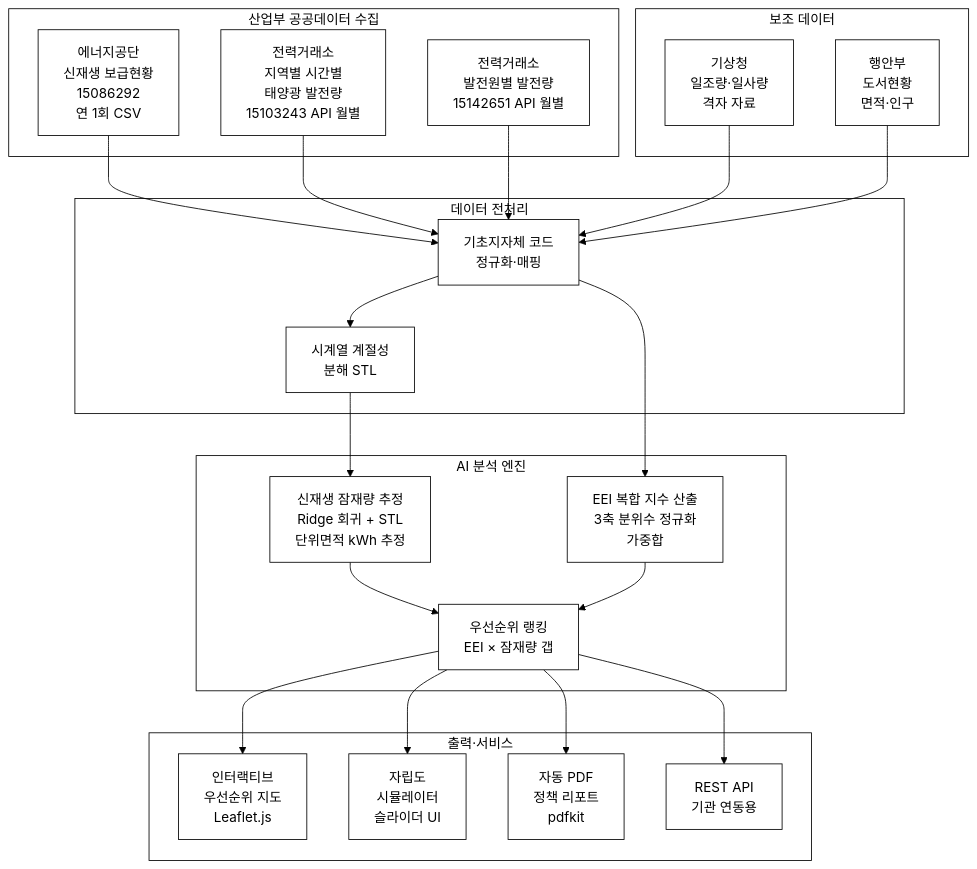
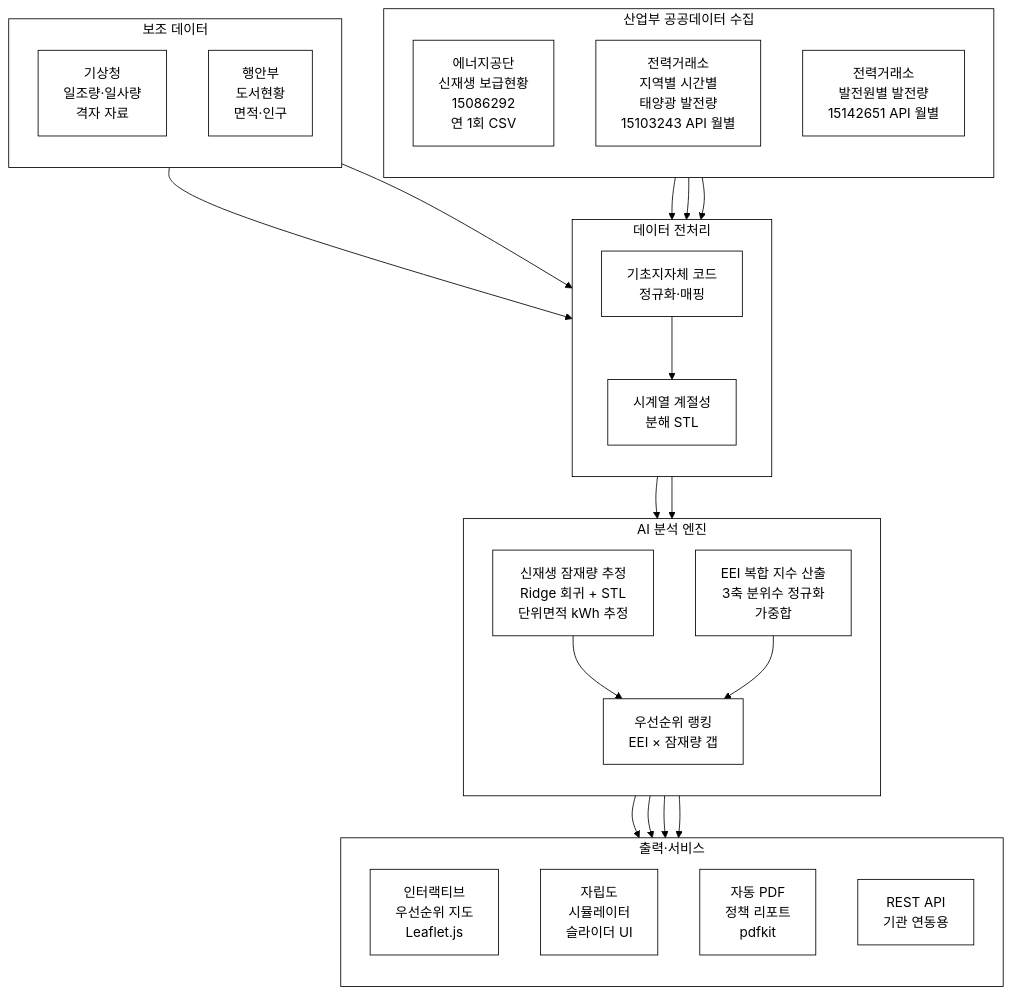
Before and after one commit to iamywl/pulicdata-congress: the second of 5 diagrams in 33-도서산간-에너지자립/biz/1_제안서.md, drawn with Mermaid. The commit also changed other lines of this file and 44 other files, not shown here.

````diff
--- a/33-도서산간-에너지자립/biz/1_제안서.md
+++ b/33-도서산간-에너지자립/biz/1_제안서.md
@@ -223,42 +223,47 @@
 ```mermaid
 %%{init: {'theme':'base','themeVariables':{'background':'#ffffff','primaryColor':'#ffffff','primaryBorderColor':'#000000','primaryTextColor':'#000000','secondaryColor':'#ffffff','secondaryBorderColor':'#000000','secondaryTextColor':'#000000','tertiaryColor':'#ffffff','tertiaryBorderColor':'#000000','tertiaryTextColor':'#000000','mainBkg':'#ffffff','secondBkg':'#ffffff','lineColor':'#000000','textColor':'#000000','clusterBkg':'#ffffff','clusterBorder':'#000000','edgeLabelBackground':'#ffffff','actorBkg':'#ffffff','actorBorder':'#000000','noteBkgColor':'#ffffff','noteBorderColor':'#000000','signalColor':'#000000','signalTextColor':'#000000','fontFamily':'Georgia, serif'}}}%%
-flowchart TD
+flowchart TB
     subgraph SRC[산업부 공공데이터 수집]
+        direction TB
         A1[에너지공단<br/>신재생 보급현황<br/>15086292<br/>연 1회 CSV]
         A2[전력거래소<br/>지역별 시간별<br/>태양광 발전량<br/>15103243 API 월별]
         A3[전력거래소<br/>발전원별 발전량<br/>15142651 API 월별]
     end
     subgraph AUX[보조 데이터]
+        direction TB
         B1[기상청<br/>일조량·일사량<br/>격자 자료]
         B2[행안부<br/>도서현황<br/>면적·인구]
     end
     subgraph PROC[데이터 전처리]
+        direction TB
         C1[기초지자체 코드<br/>정규화·매핑]
         C2[시계열 계절성<br/>분해 STL]
     end
     subgraph MODEL[AI 분석 엔진]
+        direction TB
         M1[신재생 잠재량 추정<br/>Ridge 회귀 + STL<br/>단위면적 kWh 추정]
         M2[EEI 복합 지수 산출<br/>3축 분위수 정규화<br/>가중합]
         M3[우선순위 랭킹<br/>EEI × 잠재량 갭]
     end
     subgraph OUT[출력·서비스]
+        direction TB
         O1[인터랙티브<br/>우선순위 지도<br/>Leaflet.js]
         O2[자립도<br/>시뮬레이터<br/>슬라이더 UI]
         O3[자동 PDF<br/>정책 리포트<br/>pdfkit]
         O4[REST API<br/>기관 연동용]
     end
     A1 --> C1
     A2 --> C1
     A3 --> C1
     B1 --> C1
     B2 --> C1
     C1 --> C2
     C2 --> M1
     C1 --> M2
     M1 --> M3
     M2 --> M3
     M3 --> O1
     M3 --> O2
     M3 --> O3
     M3 --> O4
 ```
````
